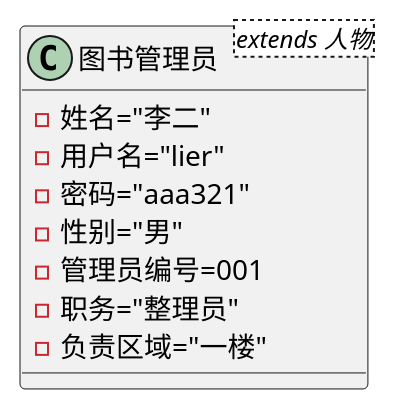
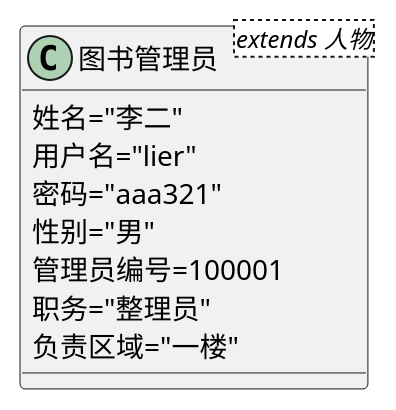
Before and after one commit to YYttaa/is_analysis-2: the diagram in test3/puml/manager.puml, drawn with PlantUML. The commit also changed 12 other files, not shown here.

```diff
--- a/test3/puml/manager.puml
+++ b/test3/puml/manager.puml
@@ -1,11 +1,11 @@
 @startuml
 class 图书管理员<extends 人物>{
-    -姓名="李二"
-    -用户名="lier"
-    -密码="aaa321"
-    -性别="男"
-    -管理员编号=001
-    -职务="整理员"
-    -负责区域="一楼"
+    姓名="李二"
+    用户名="lier"
+    密码="aaa321"
+    性别="男"
+    管理员编号=100001
+    职务="整理员"
+    负责区域="一楼"
  }
 @enduml
```
